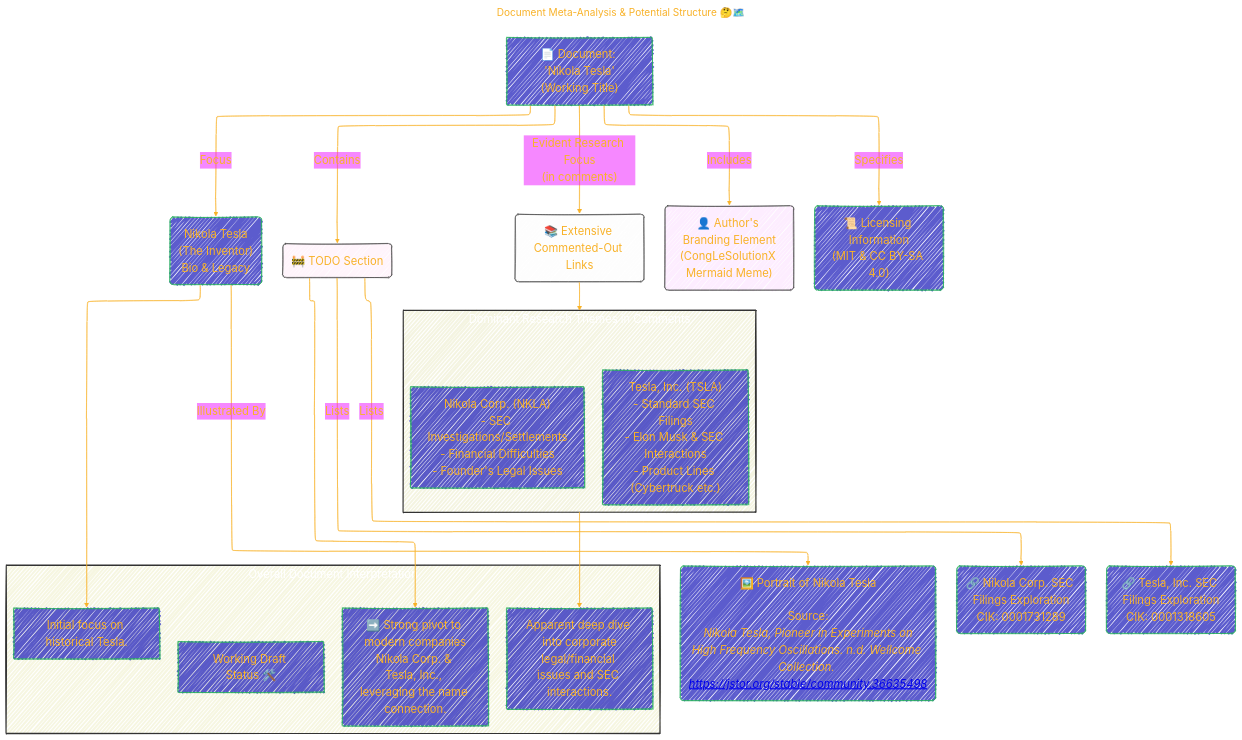
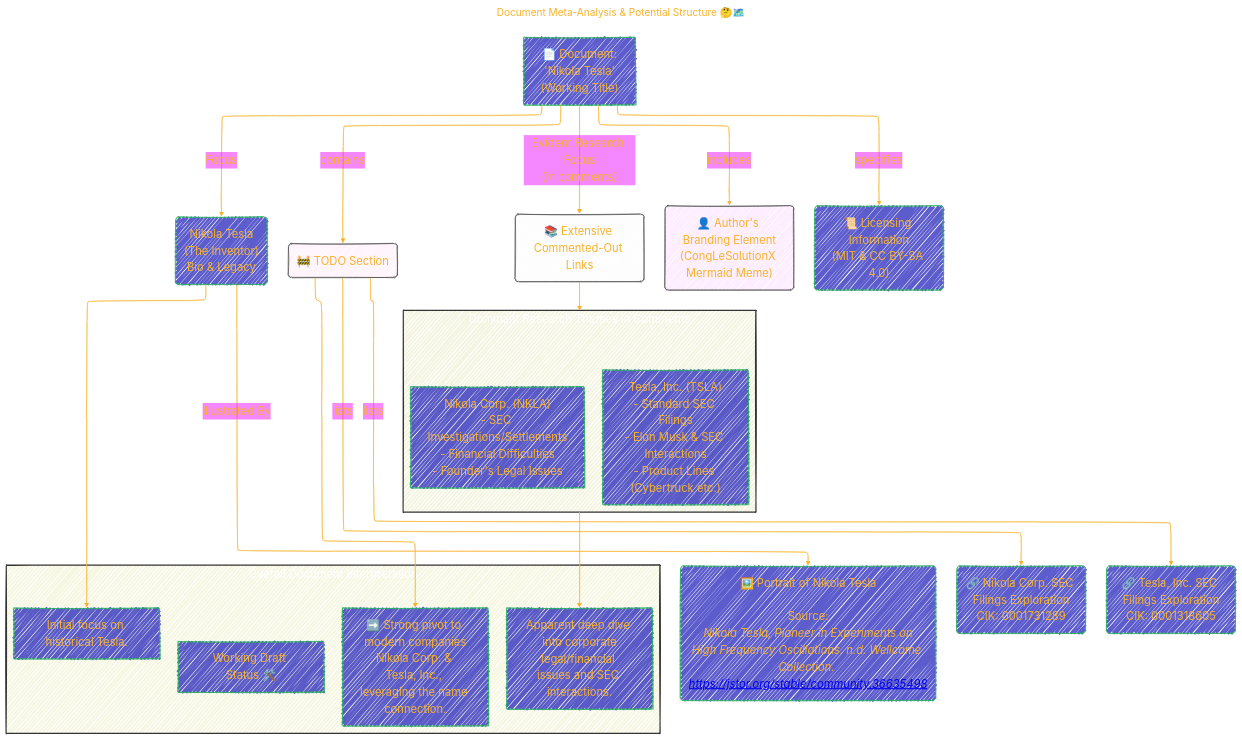
One commit to CongLeSolutionX/Nikola_Tesla changed the fourth of 5 diagrams in README.md. Above: the diagram before and after it, drawn with Mermaid. The commit also changed other lines of this file, not shown here.

````diff
--- a/README.md
+++ b/README.md
@@ -262,71 +262,71 @@
 ```mermaid
 ---
 title: "Document Meta-Analysis & Potential Structure 🤔🗺️"
 author: "Cong Le"
 version: "1.0"
 license(s): "MIT, CC BY-SA 4.0"
 copyright: "Copyright (c) 2025 Cong Le. All Rights Reserved."
 config:
   layout: elk
   theme: base
   look: handDrawn
 ---
 %%%%%%%% Mermaid version v11.4.1-b.14
 %%%%%%%% Available curve styles include the following keywords:
 %% basis, bumpX, bumpY, cardinal, catmullRom, linear, monotoneX, monotoneY, natural, step, stepAfter, stepBefore.
 %%{
   init: {
     'flowchart': { 'htmlLabels': true, 'curve': 'basis' },
     'fontFamily': 'American Typewriter, monospace',
     'logLevel': 'fatal',
     'themeVariables': {
       'primaryColor': '#22BB',
       'primaryTextColor': '#F8B229',
       'lineColor': '#F8B229',
       'primaryBorderColor': '#27AE60',
       'secondaryColor': '#E2F1',
       'secondaryTextColor': '#6C3483',
       'secondaryBorderColor': '#A569BD',
       'fontSize': '20px'
     }
   }
 }%%
 flowchart TD
-    D_Start["📄 Document: 'Nikola Tesla'<br/>(Working Title)"] -- Focus --> D_Inventor("Nikola Tesla<br/>(The Inventor)<br>Bio & Legacy")
+    D_Start["📄 Document:<br/> 'Nikola Tesla'<br/>(Working Title)"] -- Focus --> D_Inventor("Nikola Tesla<br/>(The Inventor)<br>Bio & Legacy")
 
-    D_Inventor -- Illustrated By --> D_TeslaImage("🖼️ Portrait of Nikola Tesla<br/><br/>Source:<br/> <em>Nikola Tesla, Pioneer in Experiments on High Frequency Oscillations. n.d. Wellcome Collection. <a href='https://jstor.org/stable/community.36635498'>https://jstor.org/stable/community.36635498</a></em>")
+    D_Inventor -- illustrated By --> D_TeslaImage("🖼️ Portrait of Nikola Tesla<br/><br/>Source:<br/> <em>Nikola Tesla, Pioneer in Experiments on High Frequency Oscillations. n.d. Wellcome Collection. <a href='https://jstor.org/stable/community.36635498'>https://jstor.org/stable/community.36635498</a></em>")
 
 
-    D_Start -- Contains --> D_TODO("🚧 TODO Section")
-    D_TODO -- Lists --> D_NikolaCorpFilings("🔗 Nikola Corp. SEC Filings Exploration<br/>CIK: 0001731289")
-    D_TODO -- Lists --> D_TeslaIncFilings("🔗 Tesla, Inc. SEC Filings Exploration<br/>CIK: 0001318605")
+    D_Start -- contains --> D_TODO("🚧 TODO Section")
+    D_TODO -- lists --> D_NikolaCorpFilings("🔗 Nikola Corp. SEC Filings Exploration<br/>CIK: 0001731289")
+    D_TODO -- lists --> D_TeslaIncFilings("🔗 Tesla, Inc. SEC Filings Exploration<br/>CIK: 0001318605")
 
     D_Start -- Evident Research Focus<br/>(in comments) --> D_CommentedLinks("📚 Extensive Commented-Out Links")
     subgraph ResearchThemes["Dominant Research Themes in Comments"]
     direction LR
     style ResearchThemes fill:#AA22,stroke:#333,stroke-width:2px, color: #FFFF
         Theme_NKLA["Nikola Corp. (NKLA)<br>- SEC Investigations/Settlements<br>- Financial Difficulties<br>- Founder's Legal Issues"]
         Theme_TSLA["Tesla, Inc. (TSLA)<br>- Standard SEC Filings<br>- Elon Musk & SEC Interactions<br>- Product Lines (Cybertruck etc.)"]
     end
     D_CommentedLinks --> ResearchThemes
 
-    D_Start -- Includes --> D_AuthorsBranding("👤 Author's Branding Element<br>(CongLeSolutionX Mermaid Meme)")
-    D_Start -- Specifies --> D_Licenses("📜 Licensing Information<br>(MIT & CC BY-SA 4.0)")
+    D_Start -- includes --> D_AuthorsBranding("👤 Author's Branding Element<br>(CongLeSolutionX Mermaid Meme)")
+    D_Start -- specifies --> D_Licenses("📜 Licensing Information<br>(MIT & CC BY-SA 4.0)")
 
     subgraph DocumentObservations["Overall Document Interpretation"]
     direction TB
     style DocumentObservations fill:#BB22,stroke:#333,stroke-width:2px, color: #FFFF
         Obs1["Working Draft Status 🛠️"]
         Obs2["Initial focus on historical Tesla."]
         Obs3["➡️ Strong pivot to modern companies<br>Nikola Corp. & Tesla, Inc., leveraging the name connection."]
         Obs4["Apparent deep dive into corporate<br>legal/financial issues and SEC interactions."]
     end
 
     ResearchThemes --> Obs4
     D_TODO --> Obs3
     D_Inventor --> Obs2
     
     style D_CommentedLinks fill:#eee2,stroke:#333,stroke-width:1px
     style D_TODO fill:#fad2,stroke:#333,stroke-width:1px
     style D_AuthorsBranding fill:#e7f2,stroke:#333,stroke-width:1px
 ```
````
